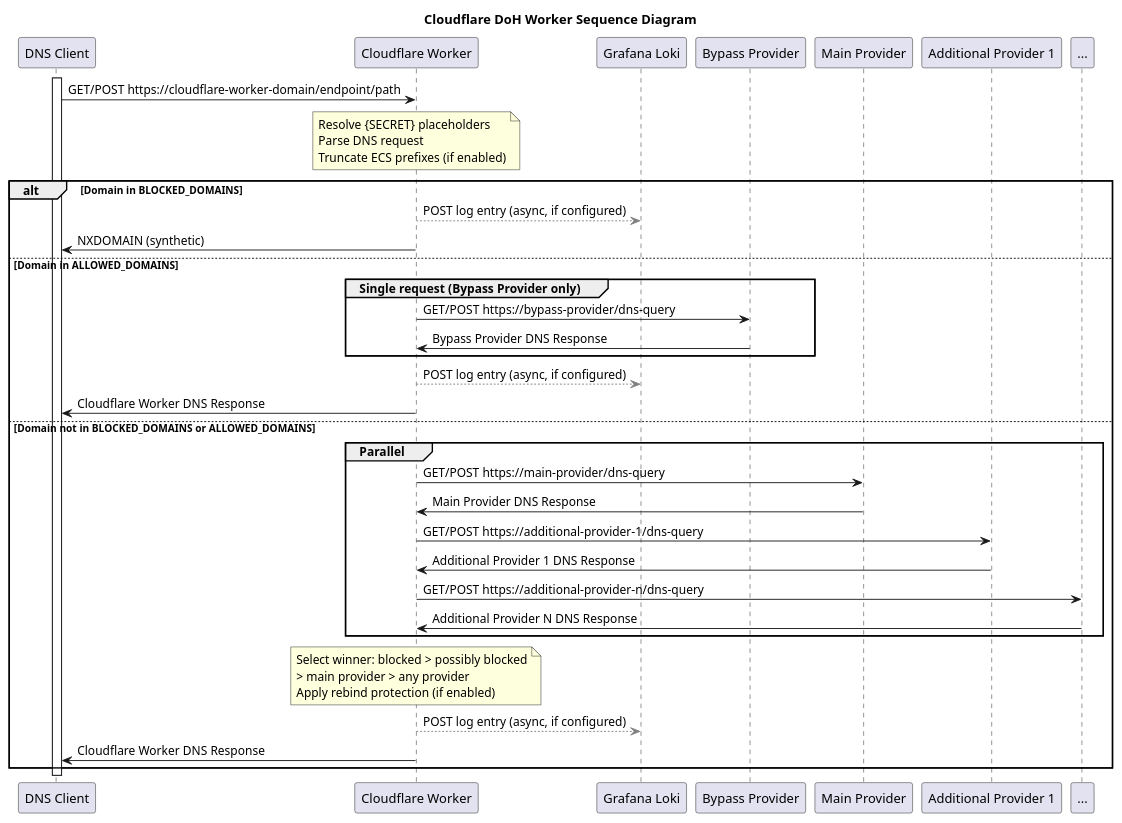
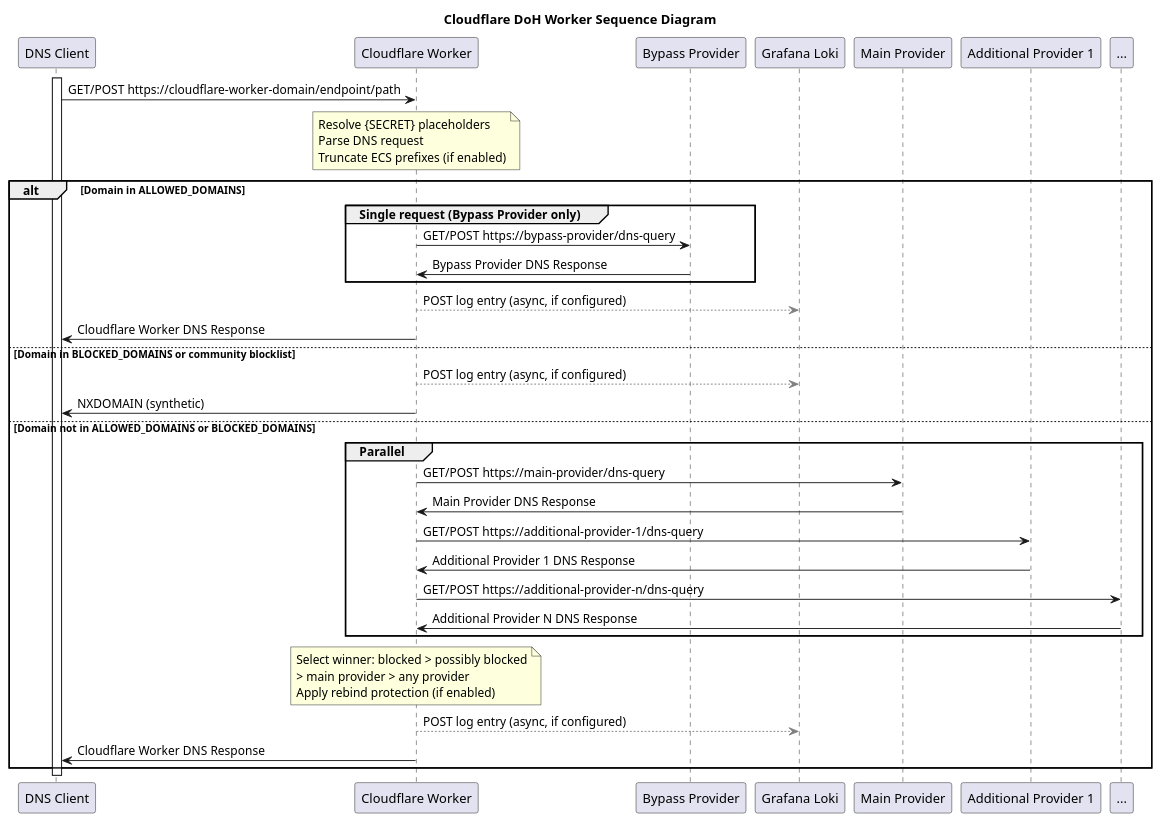
One commit to trevorlauder/cloudflare-doh-worker changed the diagram in docs/design.puml. Above: the diagram before and after it, drawn with PlantUML. The commit also changed 44 other files, not shown here.

```diff
--- a/docs/design.puml
+++ b/docs/design.puml
@@ -1,38 +1,38 @@
 @startuml Cloudflare-DoH-Worker
 
 title Cloudflare DoH Worker Sequence Diagram
 
 activate "DNS Client"
 
 "DNS Client" -> "Cloudflare Worker": GET/POST https://cloudflare-worker-domain/endpoint/path
 
 note over "Cloudflare Worker": Resolve {SECRET} placeholders\nParse DNS request\nTruncate ECS prefixes (if enabled)
 
-alt Domain in BLOCKED_DOMAINS
-  "Cloudflare Worker" -[#gray]-> "Grafana Loki": POST log entry (async, if configured)
-  "Cloudflare Worker" -> "DNS Client": NXDOMAIN (synthetic)
-else Domain in ALLOWED_DOMAINS
+alt Domain in ALLOWED_DOMAINS
 group Single request (Bypass Provider only)
   "Cloudflare Worker" -> "Bypass Provider": GET/POST https://bypass-provider/dns-query
   "Cloudflare Worker" <- "Bypass Provider": Bypass Provider DNS Response
 end
 
 "Cloudflare Worker" -[#gray]-> "Grafana Loki": POST log entry (async, if configured)
 "Cloudflare Worker" -> "DNS Client": Cloudflare Worker DNS Response
-else Domain not in BLOCKED_DOMAINS or ALLOWED_DOMAINS
+else Domain in BLOCKED_DOMAINS or community blocklist
+  "Cloudflare Worker" -[#gray]-> "Grafana Loki": POST log entry (async, if configured)
+  "Cloudflare Worker" -> "DNS Client": NXDOMAIN (synthetic)
+else Domain not in ALLOWED_DOMAINS or BLOCKED_DOMAINS
 group Parallel
   "Cloudflare Worker" -> "Main Provider": GET/POST https://main-provider/dns-query
   "Cloudflare Worker" <- "Main Provider": Main Provider DNS Response
   "Cloudflare Worker" -> "Additional Provider 1": GET/POST https://additional-provider-1/dns-query
   "Cloudflare Worker" <- "Additional Provider 1": Additional Provider 1 DNS Response
   "Cloudflare Worker" -> ...: GET/POST https://additional-provider-n/dns-query
   "Cloudflare Worker" <- ...: Additional Provider N DNS Response
 end
 
 note over "Cloudflare Worker": Select winner: blocked > possibly blocked\n> main provider > any provider\nApply rebind protection (if enabled)
 
 "Cloudflare Worker" -[#gray]-> "Grafana Loki": POST log entry (async, if configured)
 "Cloudflare Worker" -> "DNS Client": Cloudflare Worker DNS Response
 end
 
 @enduml
```
